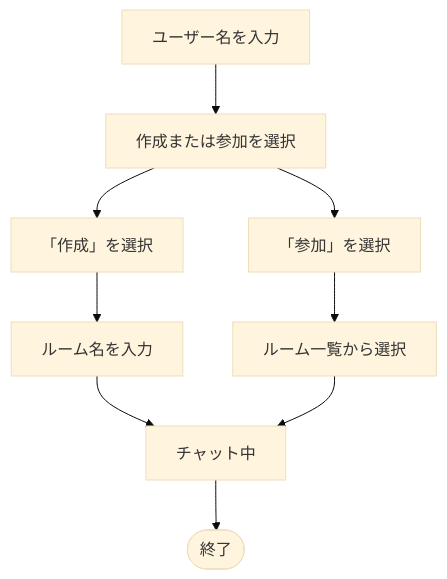
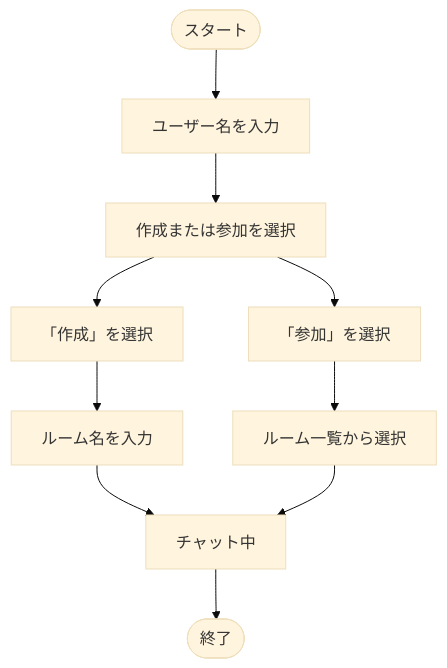
The first of 3 diagrams in README.md (BackendExplorer/Tenshin), drawn with Mermaid (base theme) before and after one commit.

````diff
--- a/README.md
+++ b/README.md
@@ -1,22 +1,23 @@
 ```mermaid
 flowchart TD
+    Start([スタート])
     入力[ユーザー名を入力]
     選択[作成または参加を選択]
 
     作成1[「作成」を選択]
     ルーム名入力[ルーム名を入力]
 
     参加2[「参加」を選択]
     ルーム一覧[ルーム一覧から選択]
 
     チャット中[チャット中]
     End([終了])
 
-    入力 --> 選択
+    Start --> 入力 --> 選択
 
     選択 --> 作成1 --> ルーム名入力 --> チャット中
     選択 --> 参加2 --> ルーム一覧 --> チャット中
 
     チャット中 --> End
 
 ```
````
